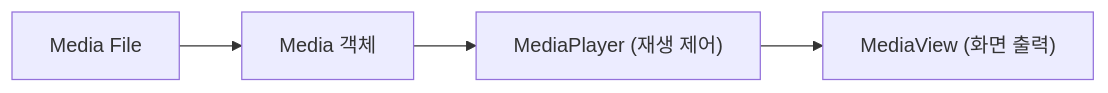
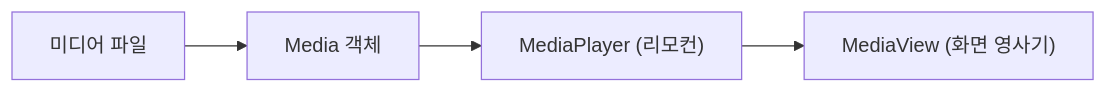
One commit to jinydev/java changed the diagram in src/gui/3.javafx/07_javafx_controls/index.md. Above: the diagram before and after it, drawn with Mermaid. The commit also changed other lines of this file and 42 other files, not shown here.

````diff
--- a/src/gui/3.javafx/07_javafx_controls/index.md
+++ b/src/gui/3.javafx/07_javafx_controls/index.md
@@ -194,6 +154,6 @@
 ```mermaid
 graph LR
-    File[Media File] --> Media[Media 객체]
-    Media --> Player["MediaPlayer (재생 제어)"]
-    Player["MediaPlayer (재생 제어)"] --> View["MediaView (화면 출력)"]
+    File[미디어 파일] --> Media[Media 객체]
+    Media --> Player["MediaPlayer (리모컨)"]
+    Player --> View["MediaView (화면 영사기)"]
 ```
````
